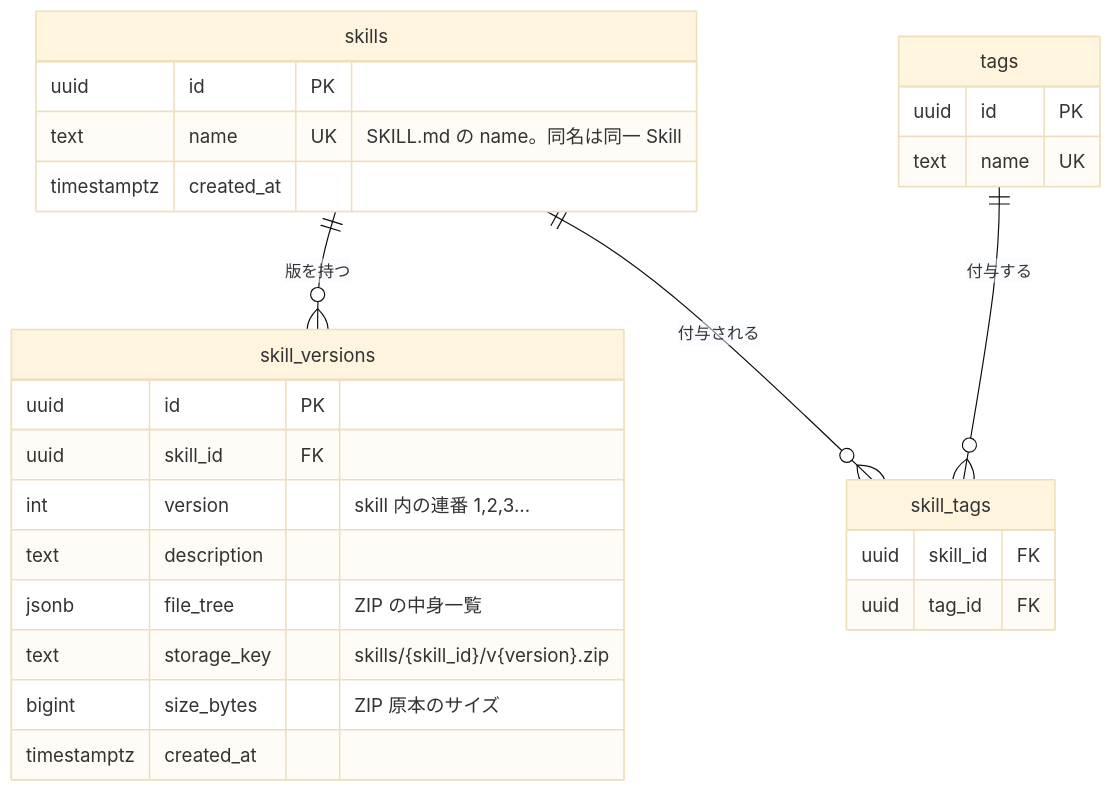
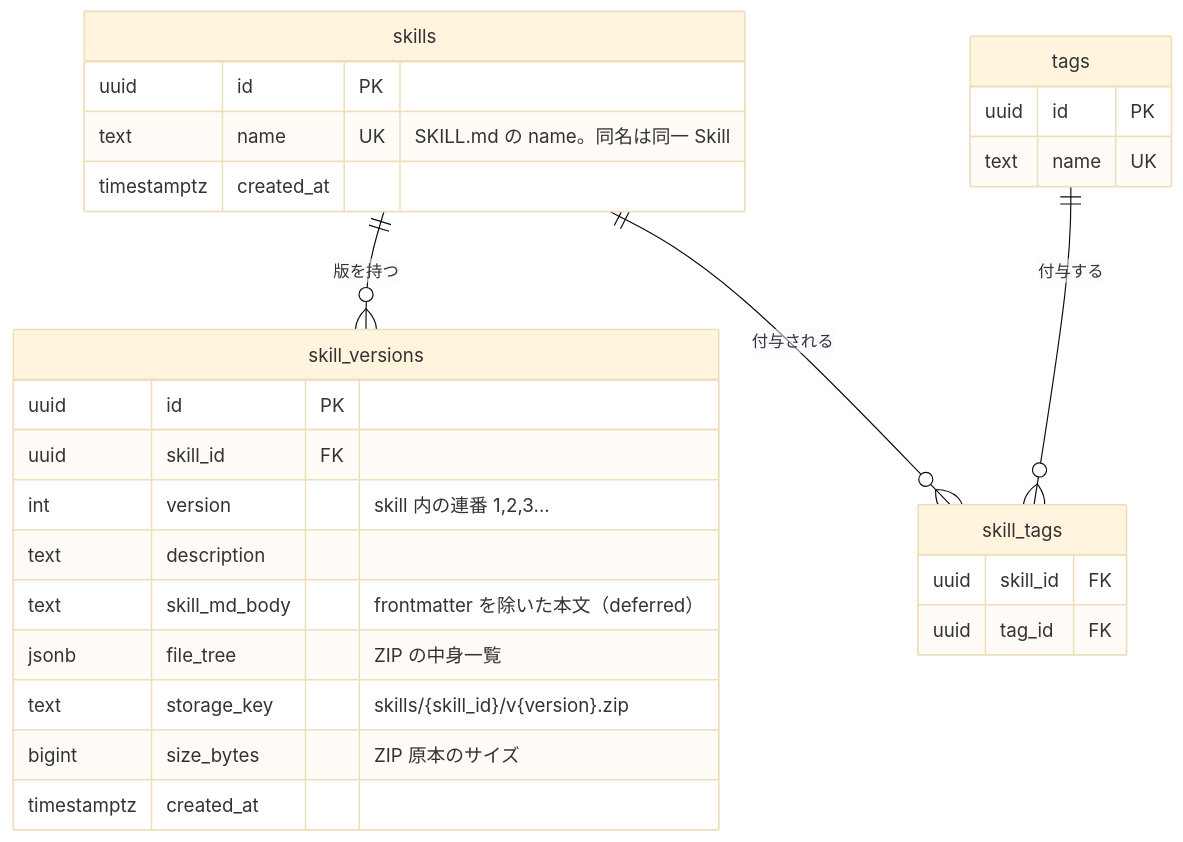
Before and after one commit to yamato-snow/skills-registry: the second of 3 diagrams in docs/design.md, drawn with Mermaid (base theme). The commit also changed other lines of this file and 22 other files, not shown here.

````diff
--- a/docs/design.md
+++ b/docs/design.md
@@ -76,30 +76,31 @@
 ```mermaid
 erDiagram
     skills ||--o{ skill_versions : "版を持つ"
     skills ||--o{ skill_tags : "付与される"
     tags   ||--o{ skill_tags : "付与する"
 
     skills {
         uuid id PK
         text name UK "SKILL.md の name。同名は同一 Skill"
         timestamptz created_at
     }
     skill_versions {
         uuid id PK
         uuid skill_id FK
         int version "skill 内の連番 1,2,3..."
         text description
+        text skill_md_body "frontmatter を除いた本文（deferred）"
         jsonb file_tree "ZIP の中身一覧"
         text storage_key "skills/{skill_id}/v{version}.zip"
         bigint size_bytes "ZIP 原本のサイズ"
         timestamptz created_at
     }
     tags {
         uuid id PK
         text name UK
     }
     skill_tags {
         uuid skill_id FK
         uuid tag_id FK
     }
 ```
````
